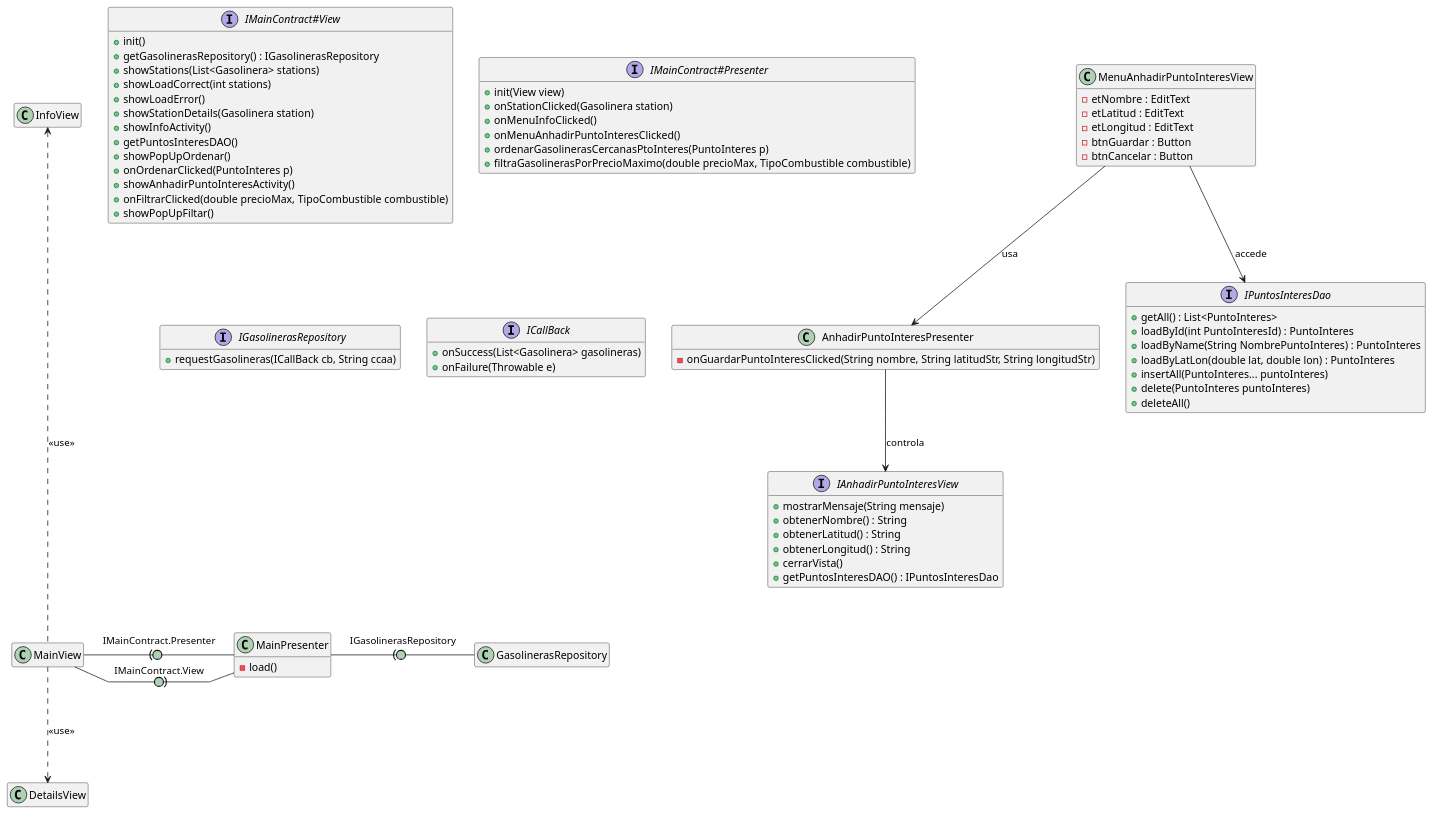
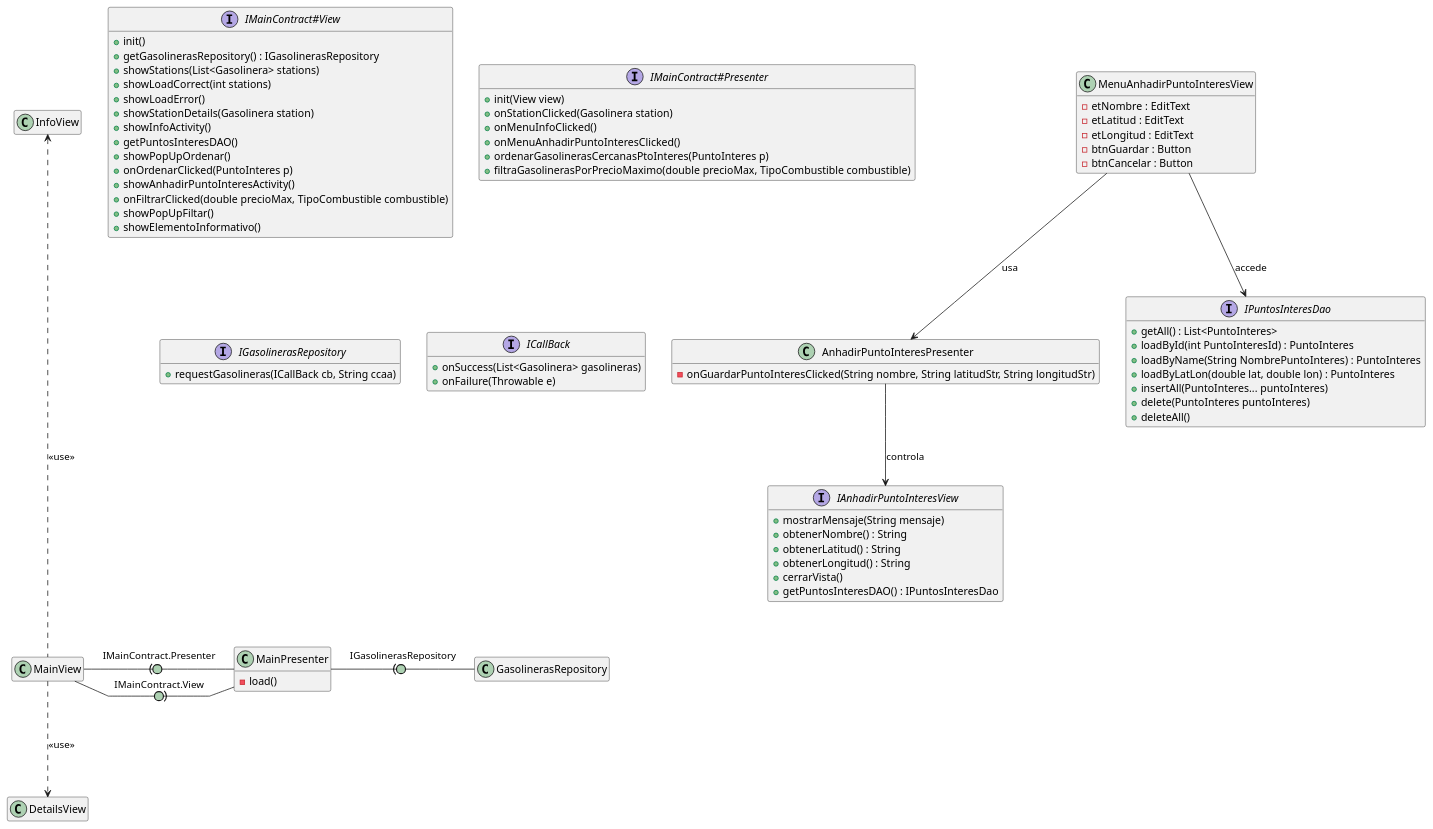
One commit to isunican/App-Gasolineras-Grupo2 changed the diagram in Docs/Models/architecture.puml. Above: the diagram before and after it, drawn with PlantUML. The commit also changed 9 other files, not shown here.

```diff
--- a/Docs/Models/architecture.puml
+++ b/Docs/Models/architecture.puml
@@ -1,87 +1,88 @@
 @startuml clases
 
 hide empty members
 skinparam linetype polyline
 skinparam arrowLollipopColor #ADD1B2
 
 MainView -right(0- MainPresenter : IMainContract.Presenter
 MainView -right0)- MainPresenter : IMainContract.View
 MainView -up..-> InfoView : <<use>>
 MainView -down..> DetailsView : <<use>>
 MainPresenter -right(0- GasolinerasRepository : IGasolinerasRepository
 
 class MainPresenter {
     -load()
 }
 
 interface IMainContract#View {
     + init()
     + getGasolinerasRepository() : IGasolinerasRepository
     + showStations(List<Gasolinera> stations)
     + showLoadCorrect(int stations)
     + showLoadError()
     + showStationDetails(Gasolinera station)
     + showInfoActivity()
     + getPuntosInteresDAO()
     + showPopUpOrdenar()
     + onOrdenarClicked(PuntoInteres p)
     + showAnhadirPuntoInteresActivity()
     + onFiltrarClicked(double precioMax, TipoCombustible combustible)
     + showPopUpFiltar()
+    + showElementoInformativo()
 }
 
 interface IMainContract#Presenter {
     + init(View view)
     + onStationClicked(Gasolinera station)
     + onMenuInfoClicked()
     + onMenuAnhadirPuntoInteresClicked()
     + ordenarGasolinerasCercanasPtoInteres(PuntoInteres p)
     + filtraGasolinerasPorPrecioMaximo(double precioMax, TipoCombustible combustible)
 }
 
 interface IGasolinerasRepository {
     + requestGasolineras(ICallBack cb, String ccaa)
 }
 
 interface ICallBack {
     + onSuccess(List<Gasolinera> gasolineras)
     + onFailure(Throwable e)
 }
 
 class AnhadirPuntoInteresPresenter {
     - onGuardarPuntoInteresClicked(String nombre, String latitudStr, String longitudStr)
 }
 
 AnhadirPuntoInteresPresenter --> IAnhadirPuntoInteresView : controla
 
 interface IAnhadirPuntoInteresView {
     + mostrarMensaje(String mensaje)
     + obtenerNombre() : String
     + obtenerLatitud() : String
     + obtenerLongitud() : String
     + cerrarVista()
     + getPuntosInteresDAO() : IPuntosInteresDao
 }
 
 class MenuAnhadirPuntoInteresView {
     - etNombre : EditText
     - etLatitud : EditText
     - etLongitud : EditText
     - btnGuardar : Button
     - btnCancelar : Button
 }
 
 MenuAnhadirPuntoInteresView --> AnhadirPuntoInteresPresenter : usa
 MenuAnhadirPuntoInteresView --> IPuntosInteresDao : accede
 
 interface IPuntosInteresDao {
     + getAll() : List<PuntoInteres>
     + loadById(int PuntoInteresId) : PuntoInteres
     + loadByName(String NombrePuntoInteres) : PuntoInteres
     + loadByLatLon(double lat, double lon) : PuntoInteres
     + insertAll(PuntoInteres... puntoInteres)
     + delete(PuntoInteres puntoInteres)
     + deleteAll()
 }
 
 @enduml
```
